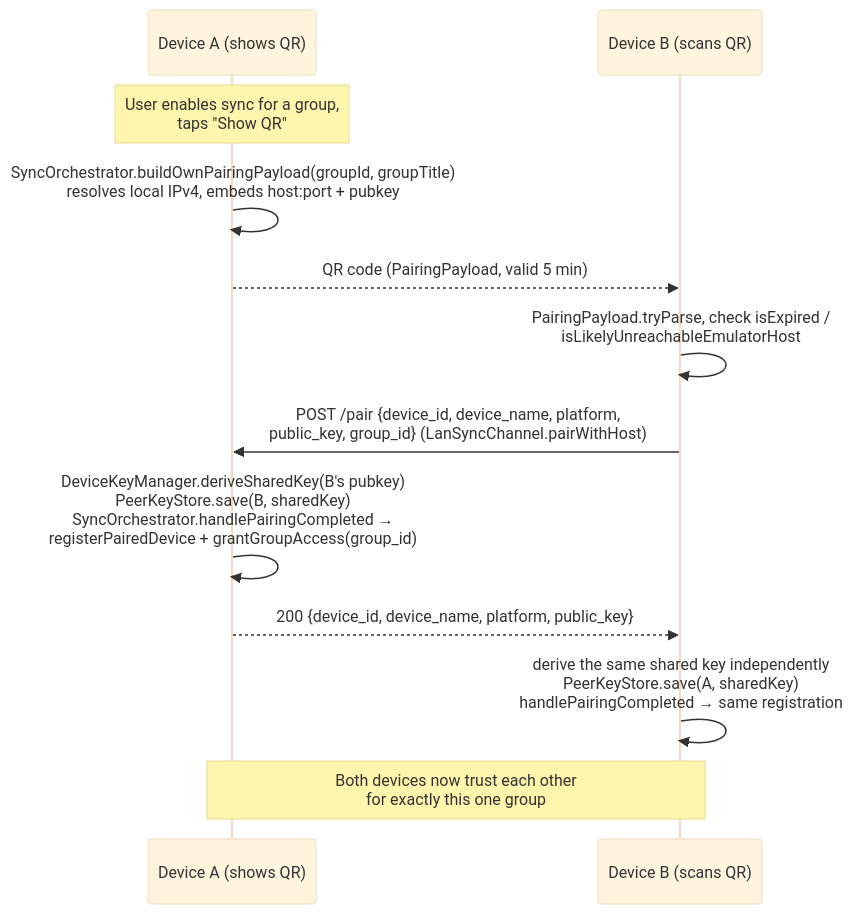
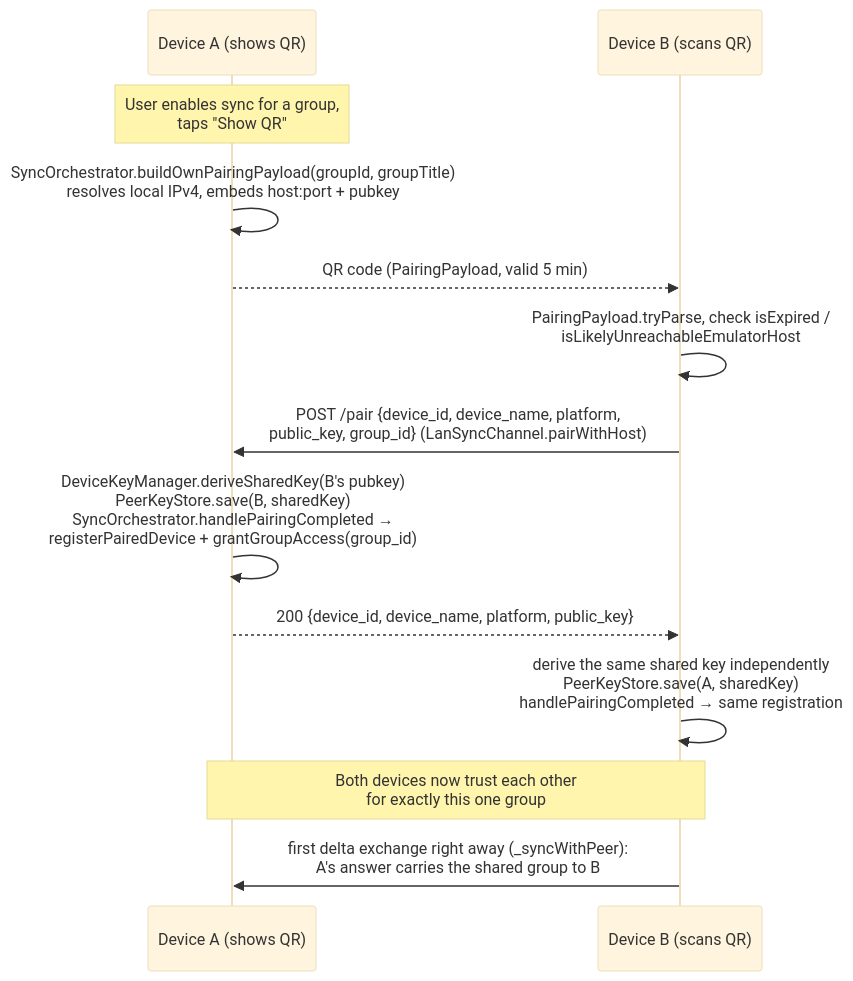
One commit to calca/caravella changed the second of 3 diagrams in docs/SYNC_ARCHITECTURE.md. Above: the diagram before and after it, drawn with Mermaid (base theme). The commit also changed other lines of this file and 7 other files, not shown here.

First line of the commit message:
QR pairing: sync right away and update the sharing phone

````diff
--- a/docs/SYNC_ARCHITECTURE.md
+++ b/docs/SYNC_ARCHITECTURE.md
@@ -145,15 +145,16 @@
 ```mermaid
 sequenceDiagram
     participant A as Device A (shows QR)
     participant B as Device B (scans QR)
 
     Note over A: User enables sync for a group,<br/>taps "Show QR"
     A->>A: SyncOrchestrator.buildOwnPairingPayload(groupId, groupTitle)<br/>resolves local IPv4, embeds host:port + pubkey
     A-->>B: QR code (PairingPayload, valid 5 min)
     B->>B: PairingPayload.tryParse, check isExpired /<br/>isLikelyUnreachableEmulatorHost
     B->>A: POST /pair {device_id, device_name, platform,<br/>public_key, group_id}  (LanSyncChannel.pairWithHost)
     A->>A: DeviceKeyManager.deriveSharedKey(B's pubkey)<br/>PeerKeyStore.save(B, sharedKey)<br/>SyncOrchestrator.handlePairingCompleted →<br/>registerPairedDevice + grantGroupAccess(group_id)
     A-->>B: 200 {device_id, device_name, platform, public_key}
     B->>B: derive the same shared key independently<br/>PeerKeyStore.save(A, sharedKey)<br/>handlePairingCompleted → same registration
     Note over A,B: Both devices now trust each other<br/>for exactly this one group
+    B->>A: first delta exchange right away (_syncWithPeer):<br/>A's answer carries the shared group to B
 ```
````
